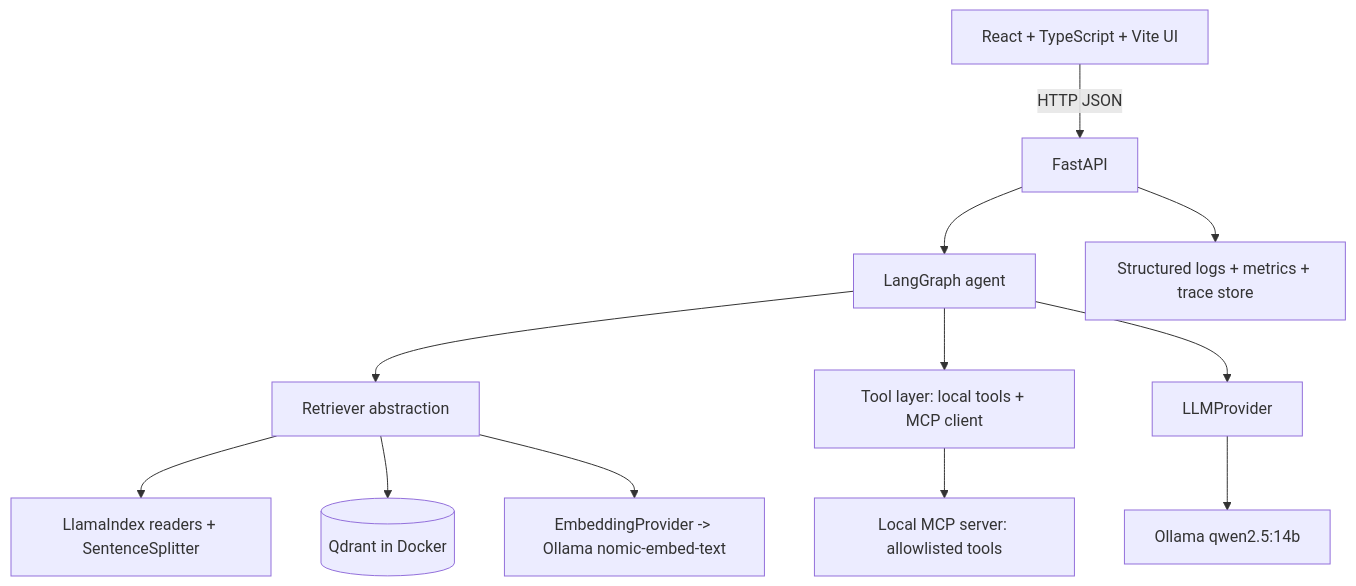
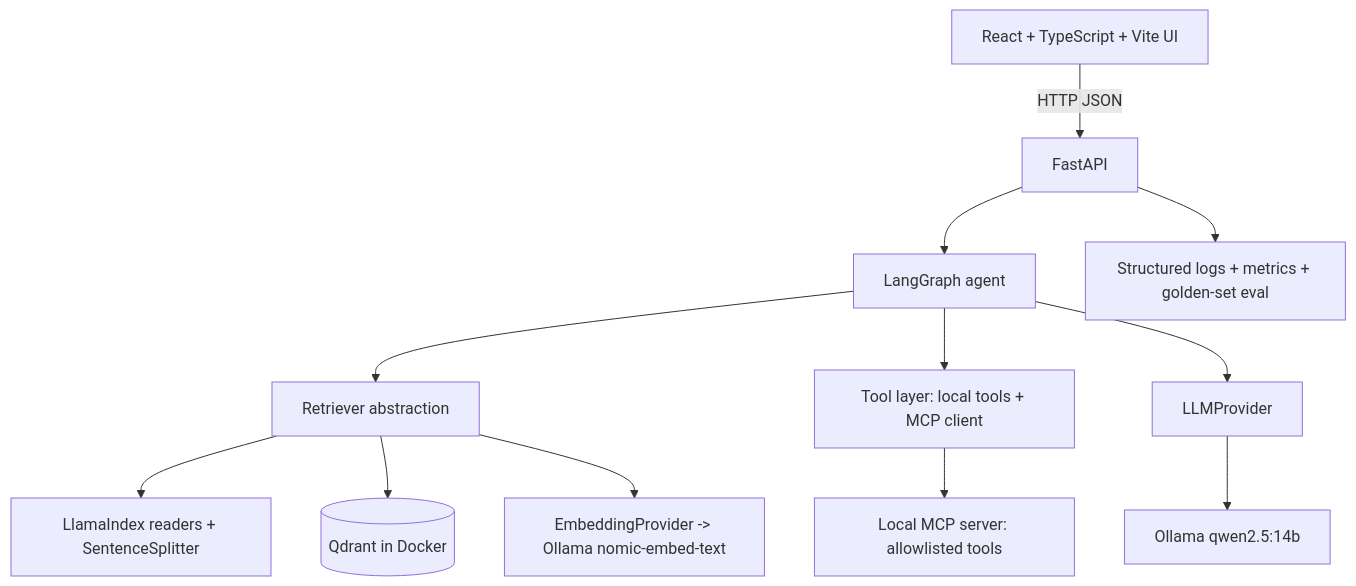
One commit to PMooney03/AgenticAI changed the first of 8 diagrams in docs/architecture.md. Above: the diagram before and after it, drawn with Mermaid. The commit also changed other lines of this file and 38 other files, not shown here.

Commit message:
Phase 7: add in-process metrics and a golden-set eval so retrieval and groundedness can be measured without Ollama.

````diff
--- a/docs/architecture.md
+++ b/docs/architecture.md
@@ -8,14 +8,14 @@
 ```mermaid
 flowchart TD
     UI[React + TypeScript + Vite UI] -->|HTTP JSON| API[FastAPI]
     API --> Graph[LangGraph agent]
     Graph --> Retriever[Retriever abstraction]
     Graph --> Tools[Tool layer: local tools + MCP client]
     Graph --> LLM[LLMProvider]
     Retriever --> Ingest[LlamaIndex readers + SentenceSplitter]
     Retriever --> Qdrant[(Qdrant in Docker)]
     Retriever --> Embed[EmbeddingProvider -> Ollama nomic-embed-text]
     Tools --> MCP[Local MCP server: allowlisted tools]
     LLM --> Ollama[Ollama qwen2.5:14b]
-    API --> Obs[Structured logs + metrics + trace store]
+    API --> Obs[Structured logs + metrics + golden-set eval]
 ```
````
